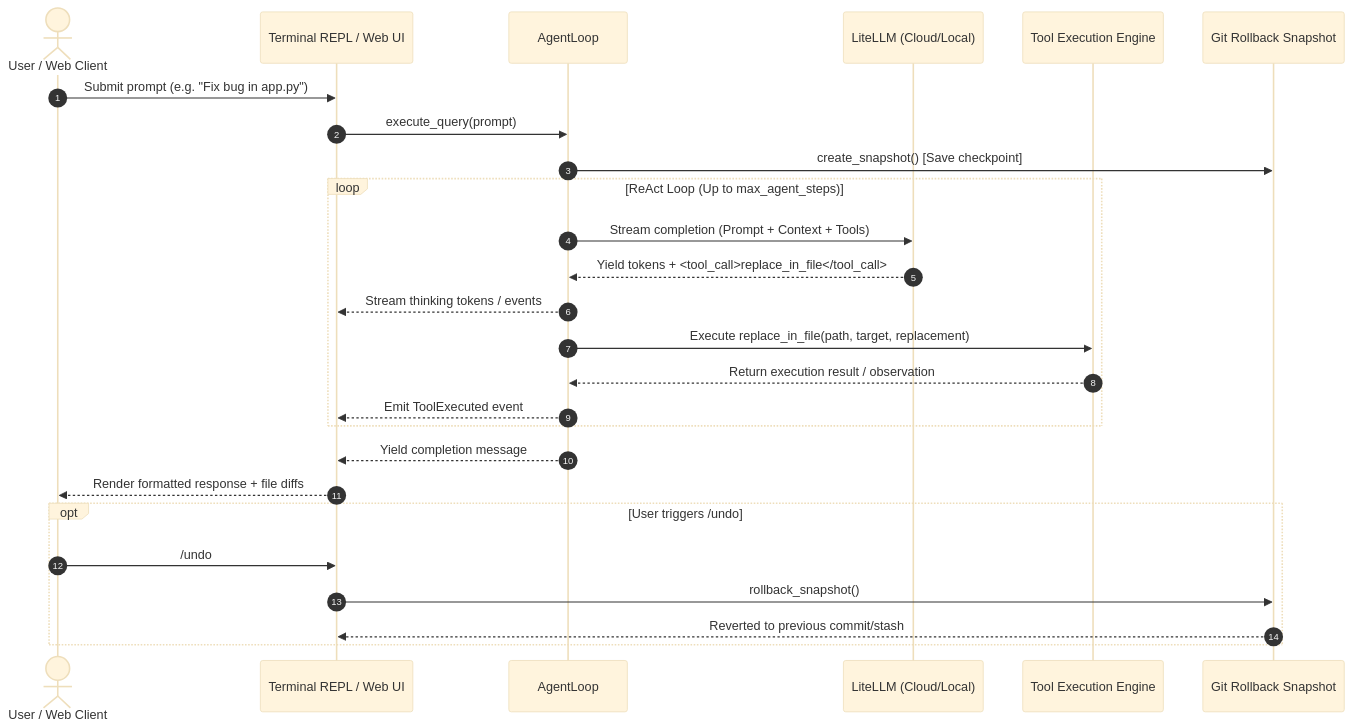
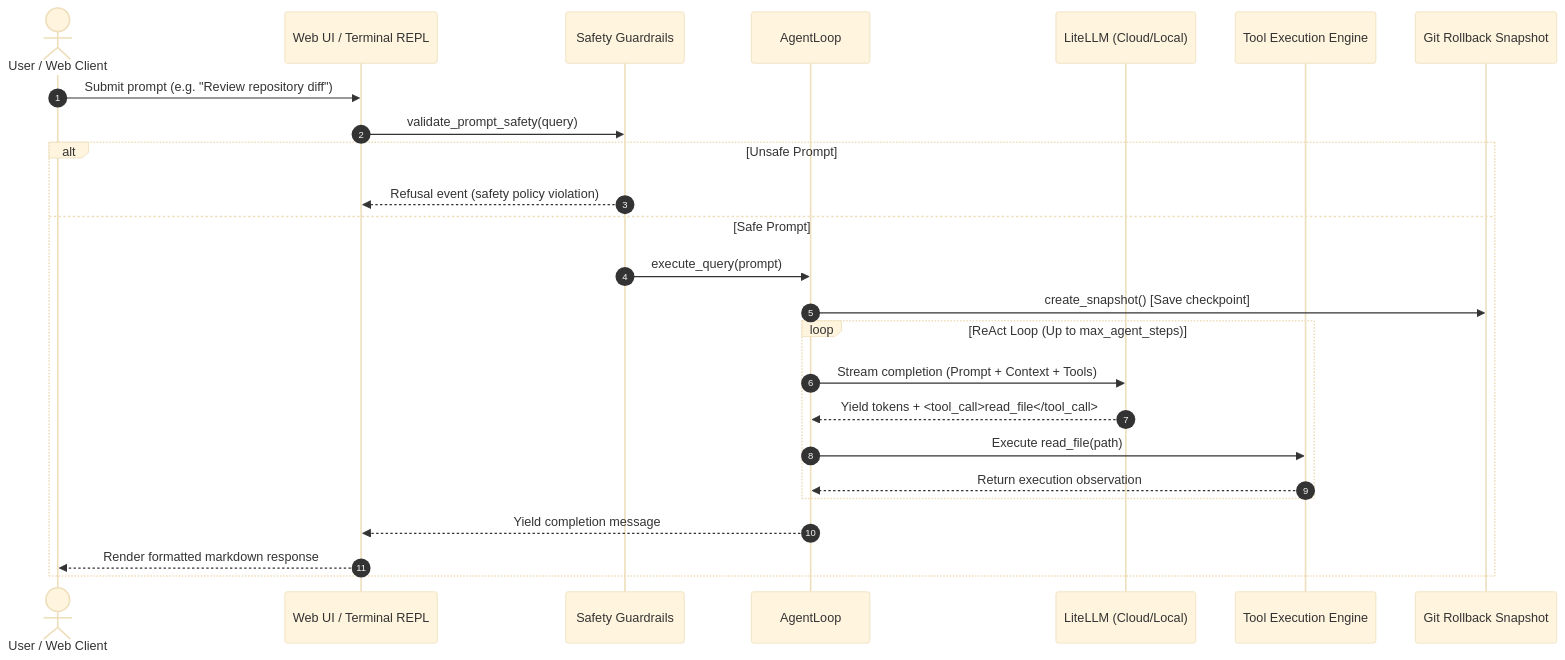
The second of 2 diagrams in ARCHITECTURE.md (Enky-yy/Syntrak), drawn with Mermaid (base theme) before and after one commit. The commit also changed other lines of this file and 3 other files, not shown here.

Commit message:
chore: bump version to 0.1.4 and update README and ARCHITECTURE documentation

````diff
--- a/ARCHITECTURE.md
+++ b/ARCHITECTURE.md
@@ -149,32 +165,30 @@
 ```mermaid
 sequenceDiagram
     autonumber
     actor User as User / Web Client
-    participant UI as Terminal REPL / Web UI
+    participant UI as Web UI / Terminal REPL
+    participant Guard as Safety Guardrails
     participant Agent as AgentLoop
     participant LLM as LiteLLM (Cloud/Local)
     participant Tools as Tool Execution Engine
     participant Git as Git Rollback Snapshot
 
-    User->>UI: Submit prompt (e.g. "Fix bug in app.py")
-    UI->>Agent: execute_query(prompt)
-    Agent->>Git: create_snapshot() [Save checkpoint]
-    
-    loop ReAct Loop (Up to max_agent_steps)
-        Agent->>LLM: Stream completion (Prompt + Context + Tools)
-        LLM-->>Agent: Yield tokens + <tool_call>replace_in_file</tool_call>
-        Agent-->>UI: Stream thinking tokens / events
-        Agent->>Tools: Execute replace_in_file(path, target, replacement)
-        Tools-->>Agent: Return execution result / observation
-        Agent-->>UI: Emit ToolExecuted event
-    end
+    User->>UI: Submit prompt (e.g. "Review repository diff")
+    UI->>Guard: validate_prompt_safety(query)
+    alt Unsafe Prompt
+        Guard-->>UI: Refusal event (safety policy violation)
+    else Safe Prompt
+        Guard->>Agent: execute_query(prompt)
+        Agent->>Git: create_snapshot() [Save checkpoint]
+        
+        loop ReAct Loop (Up to max_agent_steps)
+            Agent->>LLM: Stream completion (Prompt + Context + Tools)
+            LLM-->>Agent: Yield tokens + <tool_call>read_file</tool_call>
+            Agent->>Tools: Execute read_file(path)
+            Tools-->>Agent: Return execution observation
+        end
 
-    Agent-->>UI: Yield completion message
-    UI-->>User: Render formatted response + file diffs
-    
-    opt User triggers /undo
-        User->>UI: /undo
-        UI->>Git: rollback_snapshot()
-        Git-->>UI: Reverted to previous commit/stash
+        Agent-->>UI: Yield completion message
+        UI-->>User: Render formatted markdown response
     end
 ```
````
